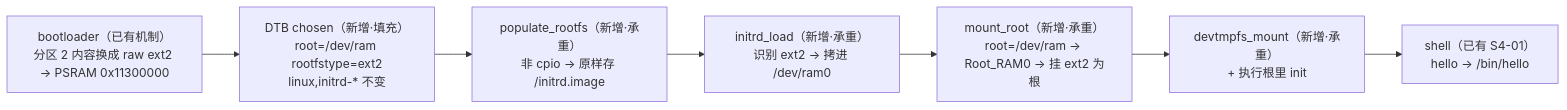
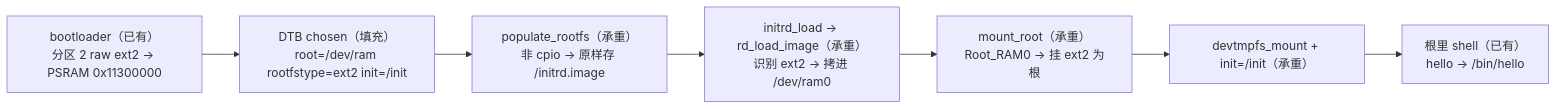
Before and after one commit to IotaHydrae/rp2350-linux: the diagram in notes/学习记录/S4-03 · 根切ext2.md, drawn with Mermaid. The commit also changed other lines of this file and 1 other file, not shown here.

Commit message:
docs: S4-03 通关成文——legacy initrd 根挂载链复盘 + 能力库登记 + 地图刷新（S4-04 候选待拍）

````diff
--- a/notes/学习记录/S4-03 · 根切ext2.md
+++ b/notes/学习记录/S4-03 · 根切ext2.md
@@ -7,9 +5,9 @@
 ```mermaid
 flowchart LR
-    A["bootloader（已有机制）<br/>分区 2 内容换成 raw ext2 → PSRAM 0x11300000"] --> B["DTB chosen（新增·填充）<br/>root=/dev/ram rootfstype=ext2<br/>linux,initrd-* 不变"]
-    B --> C["populate_rootfs（新增·承重）<br/>非 cpio → 原样存 /initrd.image"]
-    C --> D["initrd_load（新增·承重）<br/>识别 ext2 → 拷进 /dev/ram0"]
-    D --> E["mount_root（新增·承重）<br/>root=/dev/ram → Root_RAM0 → 挂 ext2 为根"]
-    E --> F["devtmpfs_mount（新增·承重）<br/>+ 执行根里 init"]
-    F --> G["shell（已有 S4-01）<br/>hello → /bin/hello"]
+    A["bootloader（已有）<br/>分区 2 raw ext2 → PSRAM 0x11300000"] --> B["DTB chosen（填充）<br/>root=/dev/ram rootfstype=ext2 init=/init"]
+    B --> C["populate_rootfs（承重）<br/>非 cpio → 原样存 /initrd.image"]
+    C --> D["initrd_load → rd_load_image（承重）<br/>识别 ext2 → 拷进 /dev/ram0"]
+    D --> E["mount_root（承重）<br/>Root_RAM0 → 挂 ext2 为根"]
+    E --> F["devtmpfs_mount + init=/init（承重）"]
+    F --> G["根里 shell（已有）<br/>hello → /bin/hello"]
 ```
````
